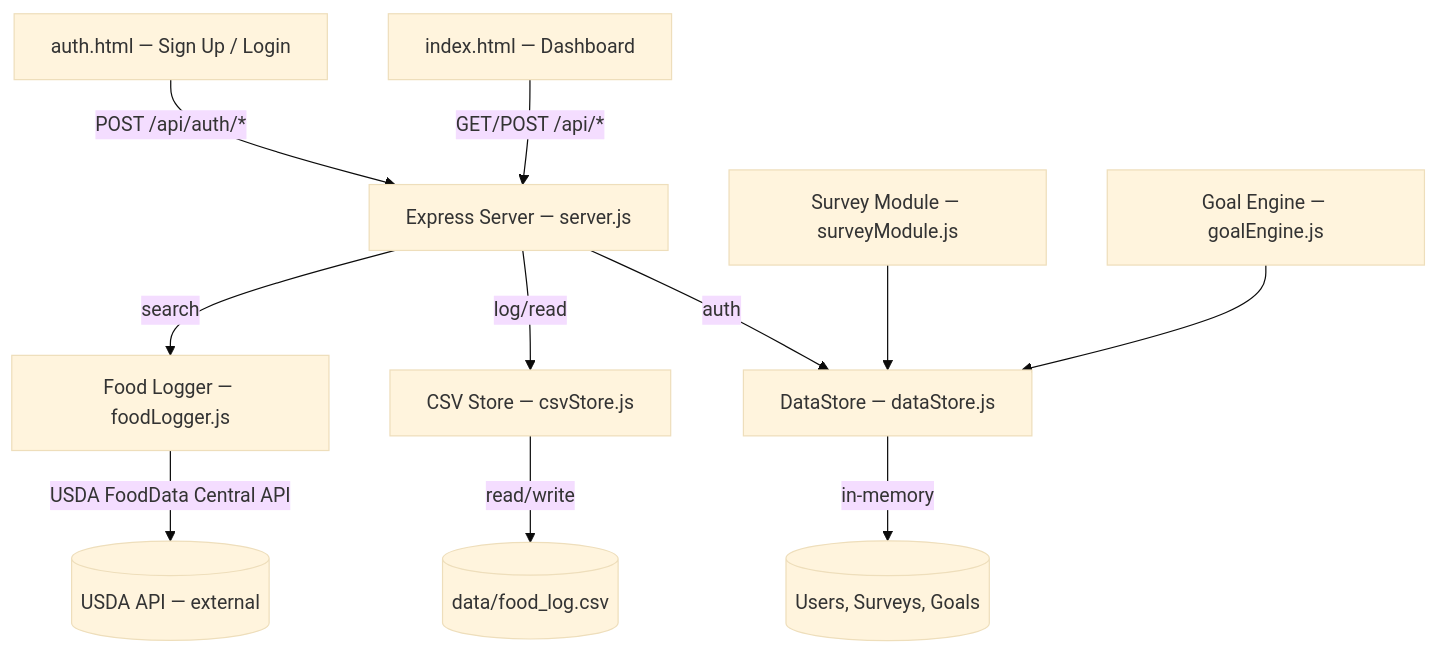
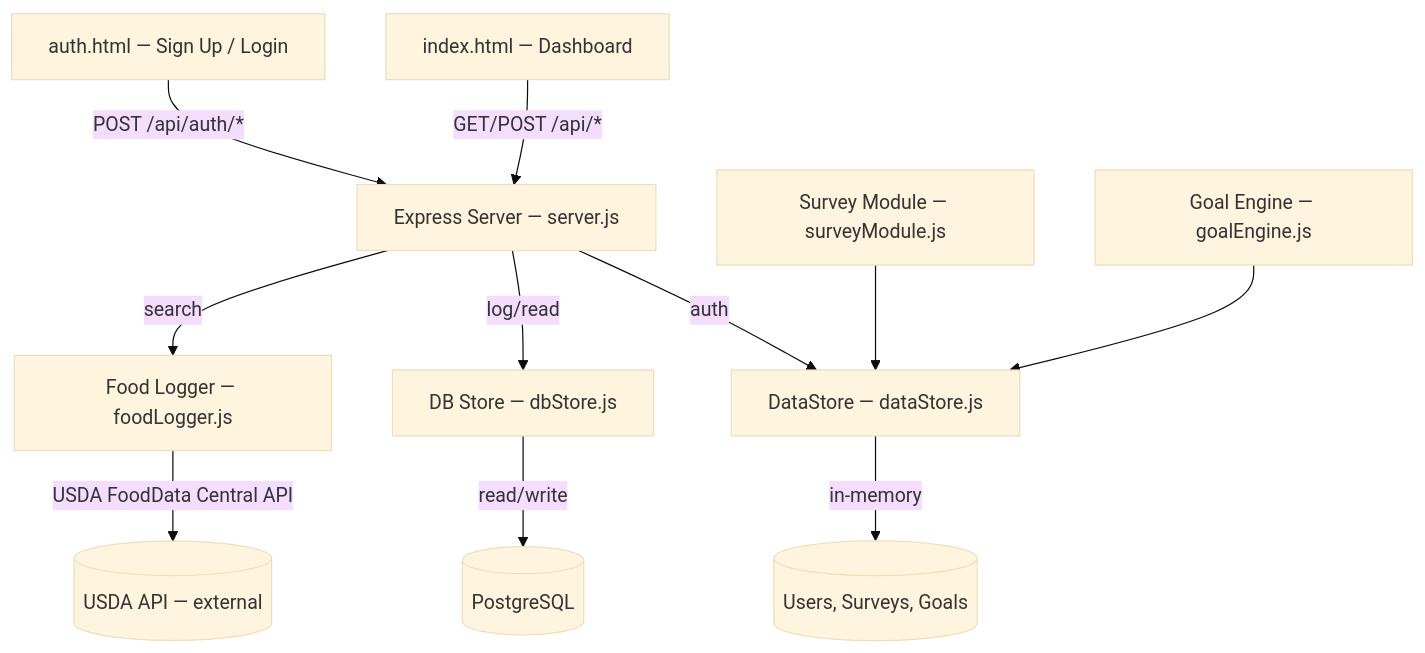
One commit to grwisbad/CalTrc changed the diagram in docs/design-architecture.md. Above: the diagram before and after it, drawn with Mermaid (base theme). The commit also changed other lines of this file and 8 other files, not shown here.

First line of the commit message:
Remove CSV food log traces and fix survey/goal store compatibility.

````diff
--- a/docs/design-architecture.md
+++ b/docs/design-architecture.md
@@ -11,13 +11,13 @@
 ```mermaid
 graph TD
     A1[auth.html — Sign Up / Login] -->|POST /api/auth/*| B[Express Server — server.js]
     A2[index.html — Dashboard] -->|GET/POST /api/*| B
     B -->|search| D[Food Logger — foodLogger.js]
-    B -->|log/read| H[CSV Store — csvStore.js]
+    B -->|log/read| H[DB Store — dbStore.js]
     B -->|auth| I[DataStore — dataStore.js]
     D -->|USDA FoodData Central API| G[(USDA API — external)]
-    H -->|read/write| J[(data/food_log.csv)]
+    H -->|read/write| J[(PostgreSQL)]
     I -->|in-memory| K[(Users, Surveys, Goals)]
     C[Survey Module — surveyModule.js] --> I
     E[Goal Engine — goalEngine.js] --> I
 ```
````
